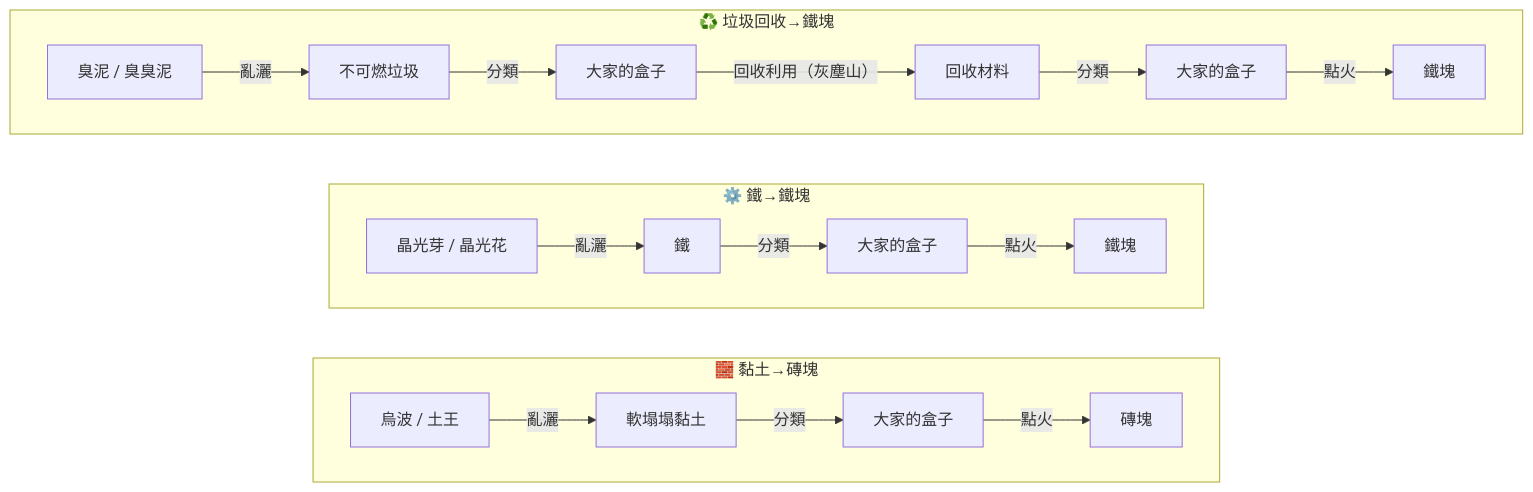
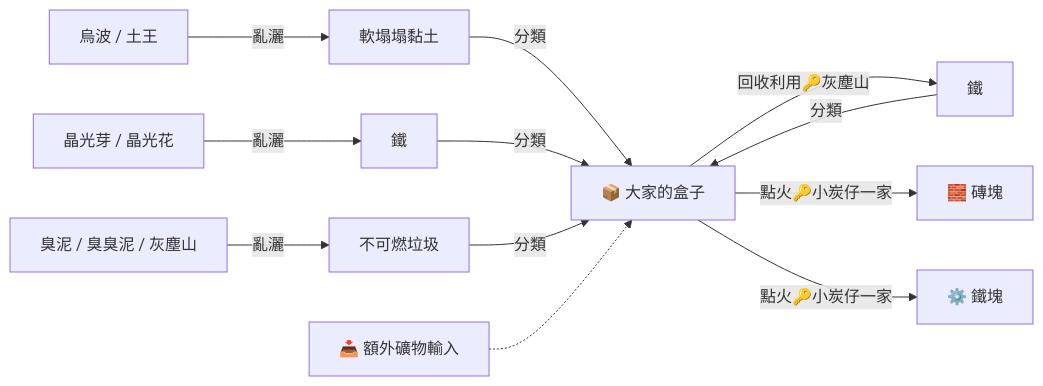
The third of 4 diagrams in README.md (G36maid/pokopia), drawn with Mermaid before and after one commit. The commit also changed other lines of this file, not shown here.

Commit message:
fix automation workflow

````diff
--- a/README.md
+++ b/README.md
@@ -31,25 +30,16 @@
 ```mermaid
 flowchart LR
-    subgraph clay["🧱 黏土→磚塊"]
-        direction LR
-        WP["烏波 / 土王"] -->|"亂灑"| CLAY["軟塌塌黏土"]
-        CLAY -->|"分類"| CB["大家的盒子"]
-        CB -->|"點火"| BRICK["磚塊"]
-    end
+    WP["烏波 / 土王"] -->|"亂灑"| CLAY["軟塌塌黏土"]
+    GL["晶光芽 / 晶光花"] -->|"亂灑"| IRON["鐵"]
+    GB["臭泥 / 臭臭泥 / 灰塵山"] -->|"亂灑"| TRASH["不可燃垃圾"]
 
-    subgraph iron["⚙️ 鐵→鐵塊"]
-        direction LR
-        GL["晶光芽 / 晶光花"] -->|"亂灑"| IRON["鐵"]
-        IRON -->|"分類"| IB["大家的盒子"]
-        IB -->|"點火"| IBLOCK["鐵塊"]
-    end
+    CLAY -->|"分類"| BOX["📦 大家的盒子"]
+    IRON -->|"分類"| BOX
+    TRASH -->|"分類"| BOX
+    BOX -->|"回收利用🔑灰塵山"| IRON_R["鐵"]
+    IRON_R -->|"分類"| BOX
+    EXTRA["📥 額外礦物輸入"] -.-> BOX
 
-    subgraph trash["♻️ 垃圾回收→鐵塊"]
-        direction LR
-        GB["臭泥 / 臭臭泥"] -->|"亂灑"| TRASH["不可燃垃圾"]
-        TRASH -->|"分類"| TB1["大家的盒子"]
-        TB1 -->|"回收利用（灰塵山）"| RECYCLED["回收材料"]
-        RECYCLED -->|"分類"| TB2["大家的盒子"]
-        TB2 -->|"點火"| IRON2["鐵塊"]
-    end
+    BOX -->|"點火🔑小炭仔一家"| BRICK["🧱 磚塊"]
+    BOX -->|"點火🔑小炭仔一家"| IBLOCK["⚙️ 鐵塊"]
 ```
````
